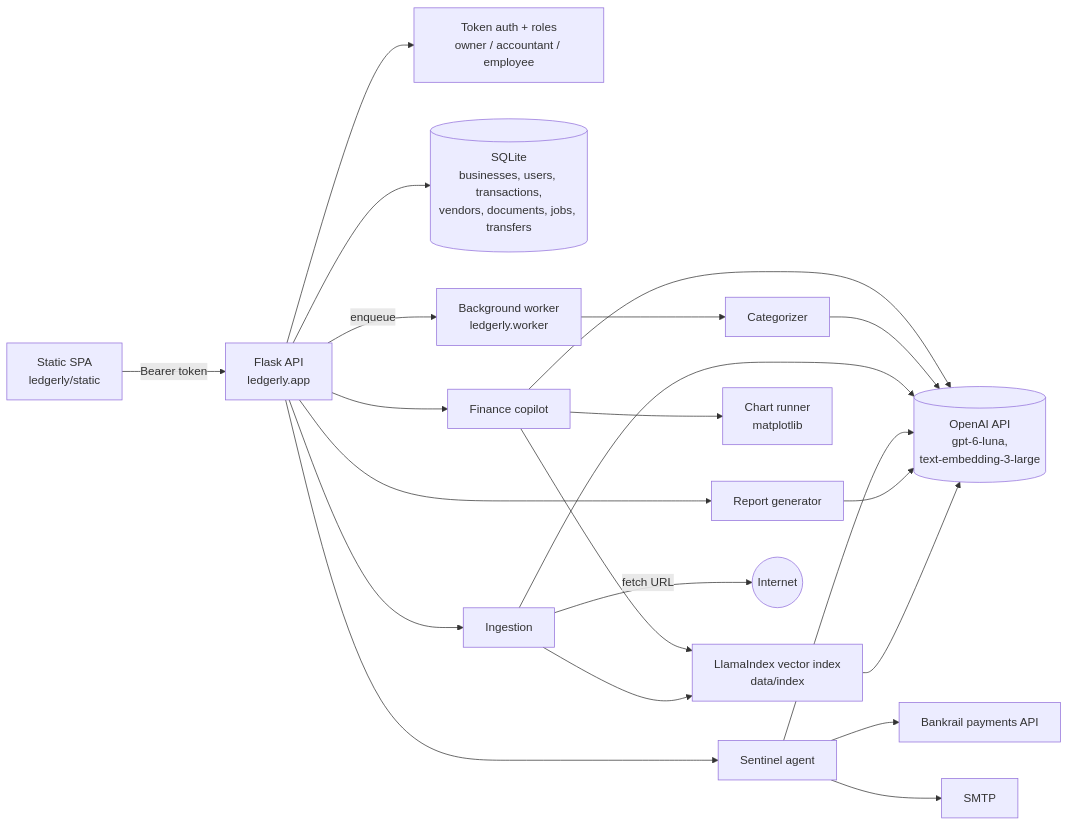
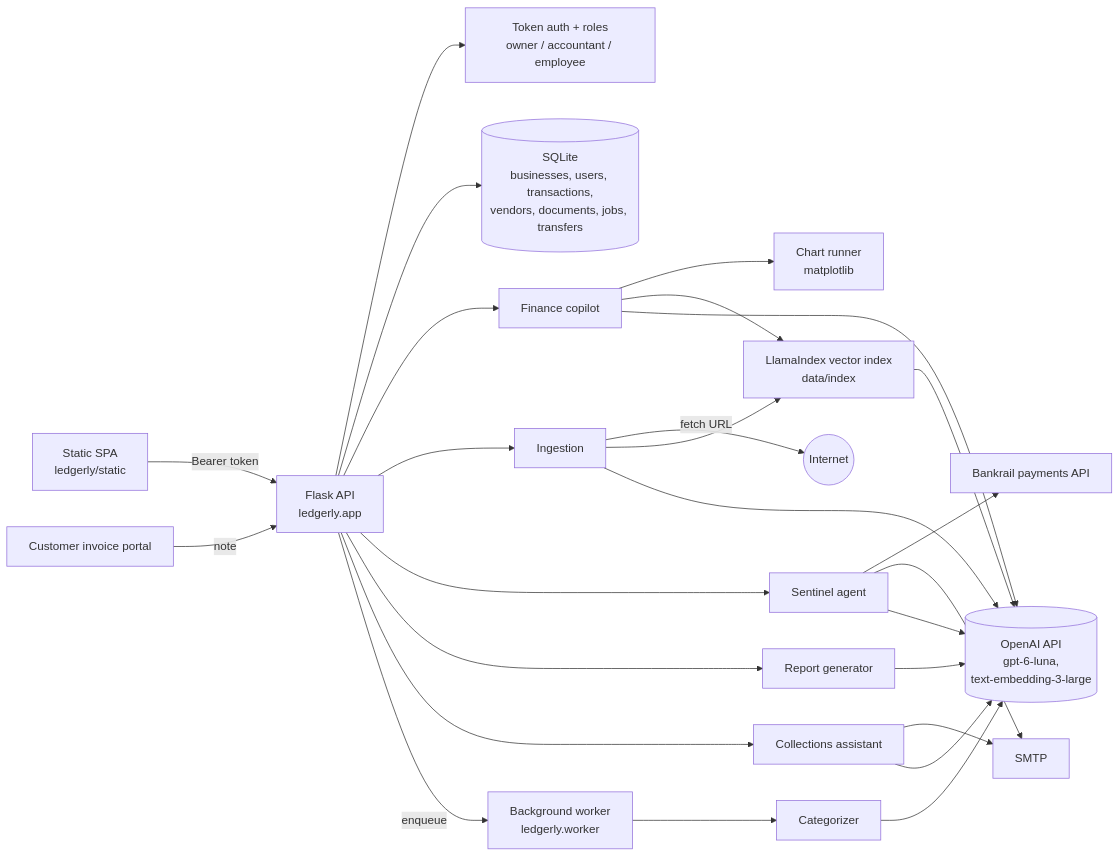
Before and after one commit to sushanedulloo-6853/aisec-target-ledgerly: the diagram in README.md, drawn with Mermaid. The commit also changed other lines of this file and 7 other files, not shown here.

First line of the commit message:
Add collections assistant and customer invoice portal

````diff
--- a/README.md
+++ b/README.md
@@ -21,20 +22,23 @@
 ```mermaid
 flowchart LR
     UI[Static SPA<br/>ledgerly/static] -->|Bearer token| API[Flask API<br/>ledgerly.app]
     API --> AUTH[Token auth + roles<br/>owner / accountant / employee]
     API --> DB[(SQLite<br/>businesses, users, transactions,<br/>vendors, documents, jobs, transfers)]
     API --> COP[Finance copilot]
     API --> ING[Ingestion]
     API --> SEN[Sentinel agent]
     API --> REP[Report generator]
+    API --> COL[Collections assistant]
+    PORTAL[Customer invoice portal] -->|note| API
+    COL --> MAIL
     API -->|enqueue| JOBS[Background worker<br/>ledgerly.worker]
     JOBS --> CAT[Categorizer]
     COP --> CHART[Chart runner<br/>matplotlib]
     COP --> RAG
     ING -->|fetch URL| WEB((Internet))
     ING --> RAG[LlamaIndex vector index<br/>data/index]
     SEN --> BANK[Bankrail payments API]
     SEN --> MAIL[SMTP]
-    COP & CAT & ING & SEN & REP --> OAI[(OpenAI API<br/>gpt-6-luna,<br/>text-embedding-3-large)]
+    COP & CAT & ING & SEN & REP & COL --> OAI[(OpenAI API<br/>gpt-6-luna,<br/>text-embedding-3-large)]
     RAG --> OAI
 ```
````
